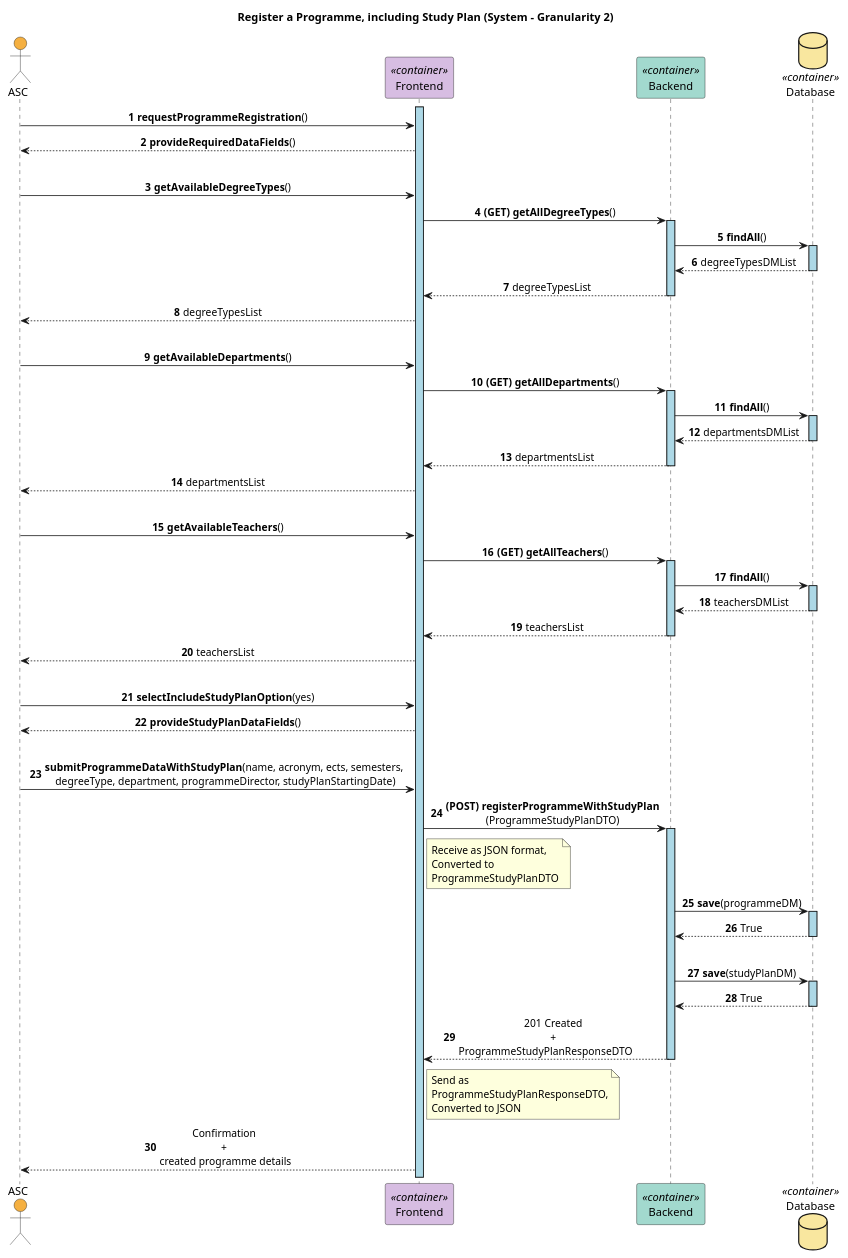
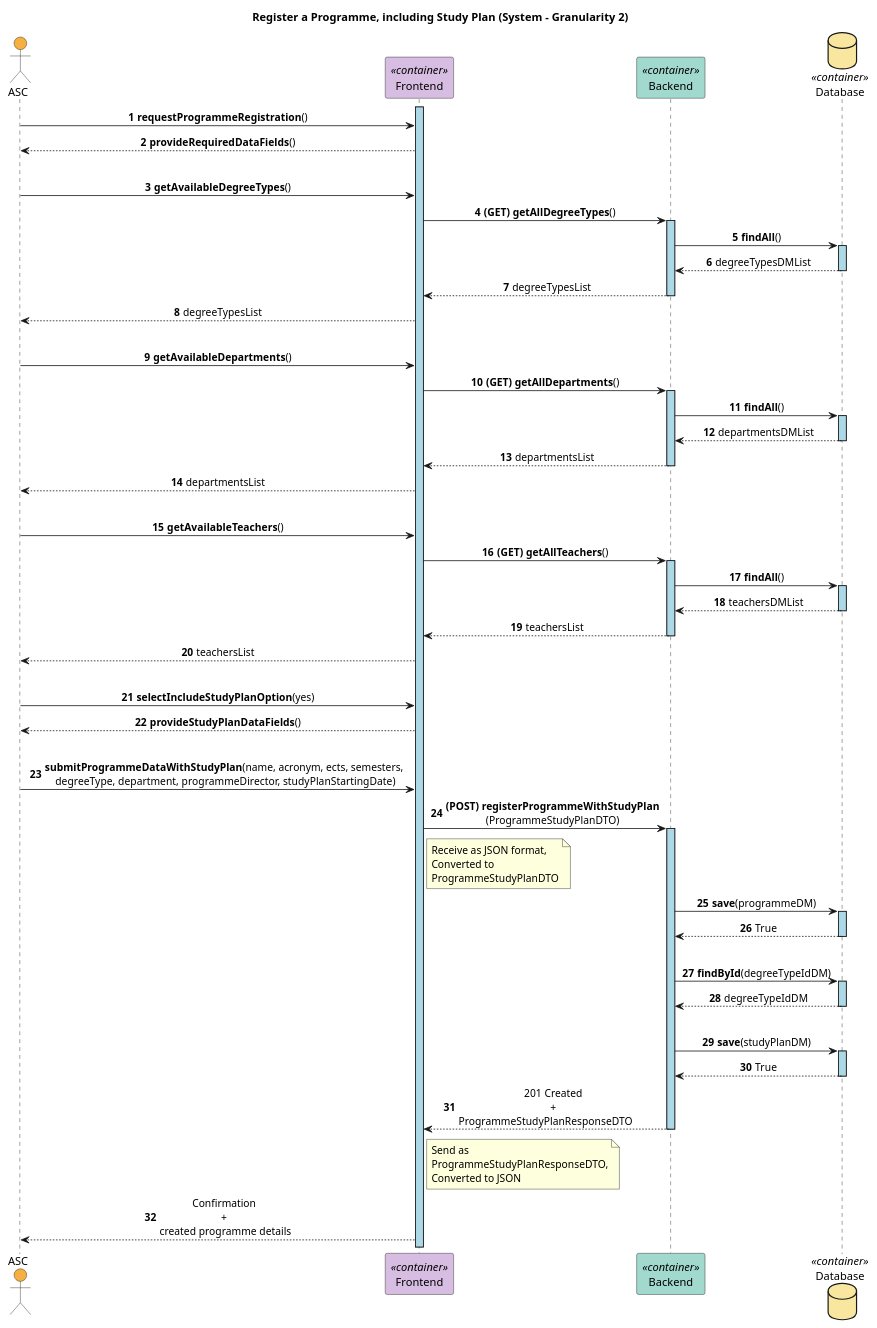
One commit to GasparISEP/DevOps-PAI changed the diagram in docs/US27/Sprint6/ProcessView/Level2.puml. Above: the diagram before and after it, drawn with PlantUML.

Commit message:
Updated level 2 process view diagram for register programme, including study plan; to include interaction to get degreeType from database. (Ref #527)

```diff
--- a/docs/US27/Sprint6/ProcessView/Level2.puml
+++ b/docs/US27/Sprint6/ProcessView/Level2.puml
@@ -1,80 +1,85 @@
 @startuml
 title Register a Programme, including Study Plan (System - Granularity 2)
 skinparam sequenceLifeLineBackgroundColor lightblue
 skinparam sequenceMessageAlign center
 autonumber
 
 actor ASC #F5B041
 participant Frontend <<container>> #D7BDE2
 participant Backend <<container>> #A2D9CE
 database Database <<container>> #F9E79F
 
 activate Frontend
 ASC -> Frontend: **requestProgrammeRegistration**()
 Frontend --> ASC: **provideRequiredDataFields**()
 |||
 ASC -> Frontend: **getAvailableDegreeTypes**()
 Frontend -> Backend: **(GET) getAllDegreeTypes**()
 activate Backend
 Backend -> Database: **findAll**()
 activate Database
 Database --> Backend: degreeTypesDMList
 deactivate Database
 Backend --> Frontend: degreeTypesList
 deactivate Backend
 Frontend --> ASC: degreeTypesList
 |||
 ASC -> Frontend: **getAvailableDepartments**()
 Frontend -> Backend: **(GET) getAllDepartments**()
 activate Backend
 Backend -> Database: **findAll**()
 activate Database
 Database --> Backend: departmentsDMList
 deactivate Database
 Backend --> Frontend: departmentsList
 deactivate Backend
 Frontend --> ASC: departmentsList
 |||
 ASC -> Frontend: **getAvailableTeachers**()
 Frontend -> Backend: **(GET) getAllTeachers**()
 activate Backend
 Backend -> Database: **findAll**()
 activate Database
 Database --> Backend: teachersDMList
 deactivate Database
 Backend --> Frontend: teachersList
 deactivate Backend
 Frontend --> ASC: teachersList
 |||
 ASC -> Frontend: **selectIncludeStudyPlanOption**(yes)
 Frontend --> ASC: **provideStudyPlanDataFields**()
 |||
 ASC -> Frontend: **submitProgrammeDataWithStudyPlan**(name, acronym, ects, semesters, \ndegreeType, department, programmeDirector, studyPlanStartingDate)
 Frontend -> Backend: **(POST) registerProgrammeWithStudyPlan**\n(ProgrammeStudyPlanDTO)
 activate Backend
 note right Frontend
   Receive as JSON format,
   Converted to
   ProgrammeStudyPlanDTO
 end note
 
 Backend -> Database: **save**(programmeDM)
 activate Database
 Database --> Backend: True
 deactivate Database
 |||
+Backend -> Database: **findById**(degreeTypeIdDM)
+activate Database
+Backend <-- Database: degreeTypeIdDM
+deactivate Database
+|||
 Backend -> Database: **save**(studyPlanDM)
 activate Database
 Database --> Backend: True
 deactivate Database
 
 Backend --> Frontend: 201 Created \n+ \nProgrammeStudyPlanResponseDTO\t
 deactivate Backend
 note right Frontend
   Send as
   ProgrammeStudyPlanResponseDTO,
   Converted to JSON
 end note
 
 Frontend --> ASC: Confirmation \n+ \ncreated programme details
 @enduml
```
